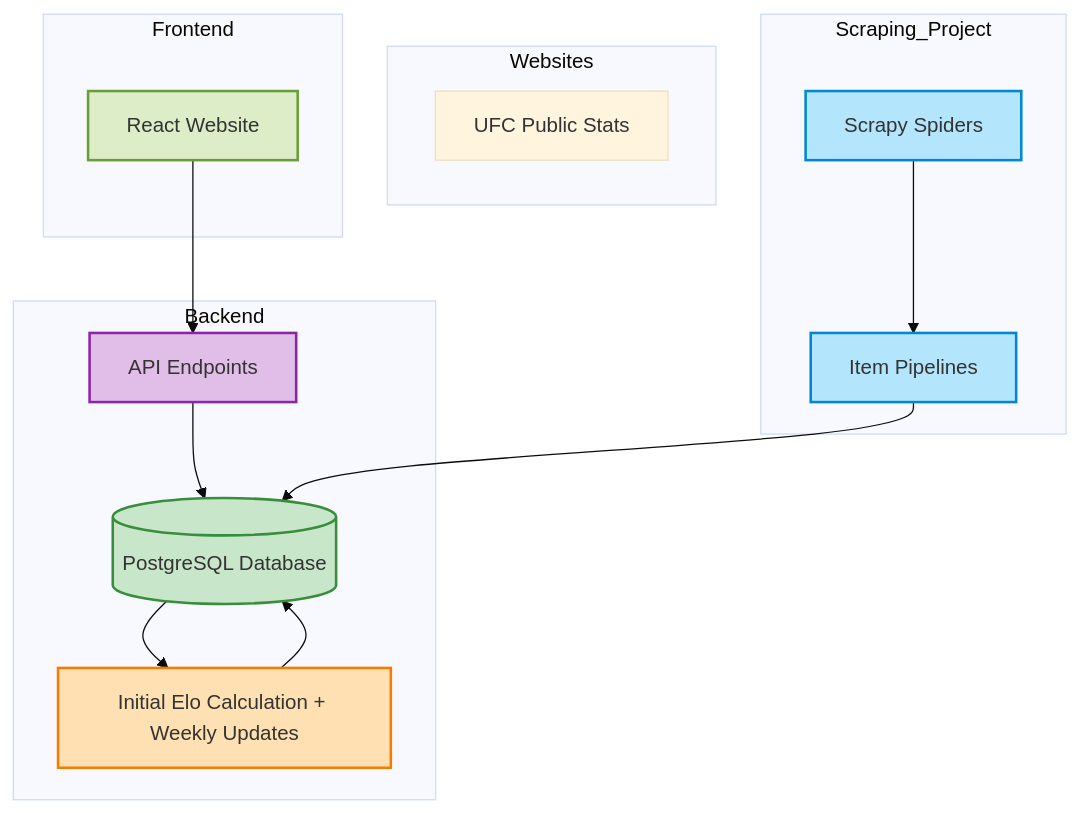
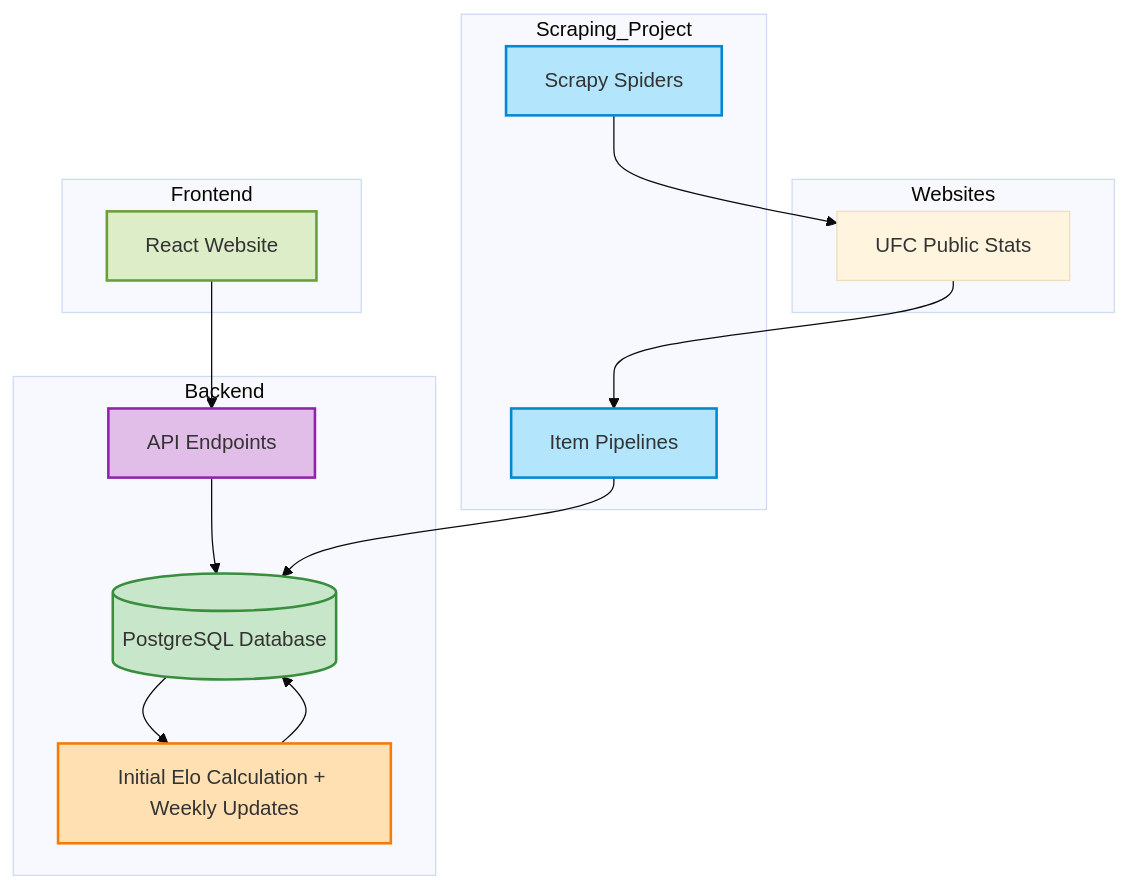
The diagram in README.md (alpinedev51/mma-elo-engine-py), drawn with Mermaid (base theme) before and after one commit.

````diff
--- a/README.md
+++ b/README.md
@@ -52,41 +52,42 @@
 ```mermaid
 flowchart TD
 
     subgraph Websites
         W1[UFC Public Stats]
     end
 
     subgraph Scraping_Project
-        A1[Scrapy Spiders] --> A2[Item Pipelines]
+        A1[Scrapy Spiders] --> W1
+        W1 --> A2[Item Pipelines]
         click A1 "Scrapy Spiders regularly crawl MMA websites for fighter data."
         click A2 "Pipelines process and store the fighter data into the database."
     end
 
     subgraph Backend
         B1[(PostgreSQL Database)] --> C1[Initial Elo Calculation + Weekly Updates]
         C1 --> B1
         D1[API Endpoints] --> B1
         click B1 "PostgreSQL database houses fighter data and Elo scores."
         click C1 "A weekly job calculates and updates Elo ratings."
         click D1 "APIs provide access to stored data."
     end
 
     subgraph Frontend
         E1[React Website] --> D1
         click E1 "Data is displayed on a React-based frontend."
     end
 
     A2 --> B1
 
     classDef blue fill:#B3E5FC,stroke:#0288D1,stroke-width:2px;
     classDef green fill:#C8E6C9,stroke:#388E3C,stroke-width:2px;
     classDef orange fill:#FFE0B2,stroke:#F57C00,stroke-width:2px;
     classDef purple fill:#E1BEE7,stroke:#8E24AA,stroke-width:2px;
     classDef lightgreen fill:#DCEDC8,stroke:#689F38,stroke-width:2px;
 
     class A1,A2 blue;
     class B1 green;
     class C1 orange;
     class D1 purple;
     class E1 lightgreen;
 ```
````
